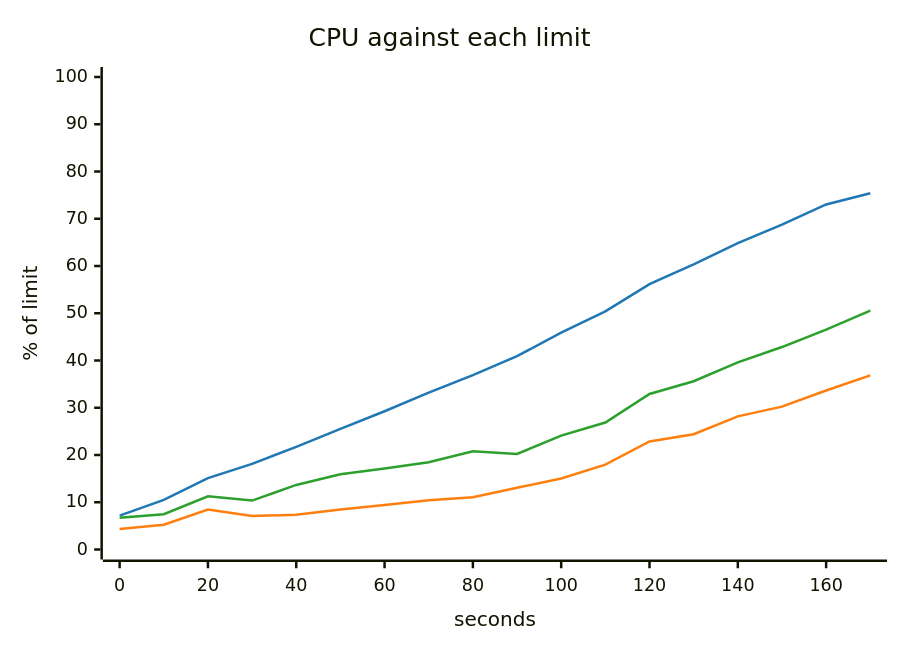
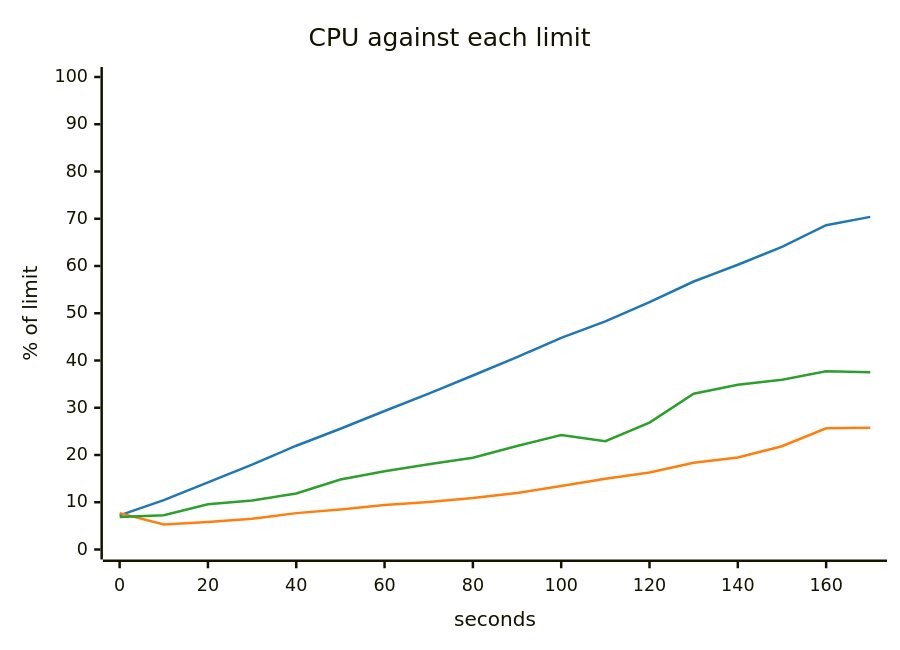
Before and after one commit to akinfemi/load-lore: the fifth of 5 diagrams in scenarios/statement-day/solutions/provisioned-iops/report.md, drawn with Mermaid. The commit also changed other lines of this file and 3 other files, not shown here.

````diff
--- a/scenarios/statement-day/solutions/provisioned-iops/report.md
+++ b/scenarios/statement-day/solutions/provisioned-iops/report.md
@@ -93,16 +93,16 @@
 ```mermaid
 ---
 config:
   themeVariables:
     xyChart:
       backgroundColor: "transparent"
       plotColorPalette: "#1f77b4, #ff7f0e, #2ca02c"
 ---
 xychart-beta
     title "CPU against each limit"
     x-axis "seconds" 0 --> 170
     y-axis "% of limit" 0 --> 100
-    line [7.173, 10.489, 15.096, 18.115, 21.718, 25.532, 29.265, 33.192, 36.914, 40.918, 45.902, 50.398, 56.173, 60.357, 64.852, 68.748, 73.019, 75.408]
-    line [4.342, 5.232, 8.44, 7.085, 7.339, 8.482, 9.394, 10.436, 11.055, 13.064, 15.044, 17.955, 22.86, 24.407, 28.185, 30.241, 33.658, 36.866]
-    line [6.726, 7.475, 11.271, 10.357, 13.663, 15.936, 17.144, 18.448, 20.795, 20.212, 24.091, 26.864, 32.926, 35.619, 39.597, 42.853, 46.552, 50.561]
+    line [7.212, 10.464, 14.202, 17.959, 21.963, 25.561, 29.314, 32.987, 36.819, 40.734, 44.786, 48.268, 52.333, 56.716, 60.265, 64.027, 68.624, 70.394]
+    line [7.704, 5.29, 5.814, 6.485, 7.698, 8.449, 9.396, 10.038, 10.878, 11.944, 13.455, 14.963, 16.286, 18.354, 19.483, 21.865, 25.66, 25.772]
+    line [6.898, 7.236, 9.593, 10.365, 11.838, 14.804, 16.571, 18.021, 19.403, 21.908, 24.228, 22.916, 26.855, 32.954, 34.854, 35.943, 37.701, 37.52]
 ```
````
